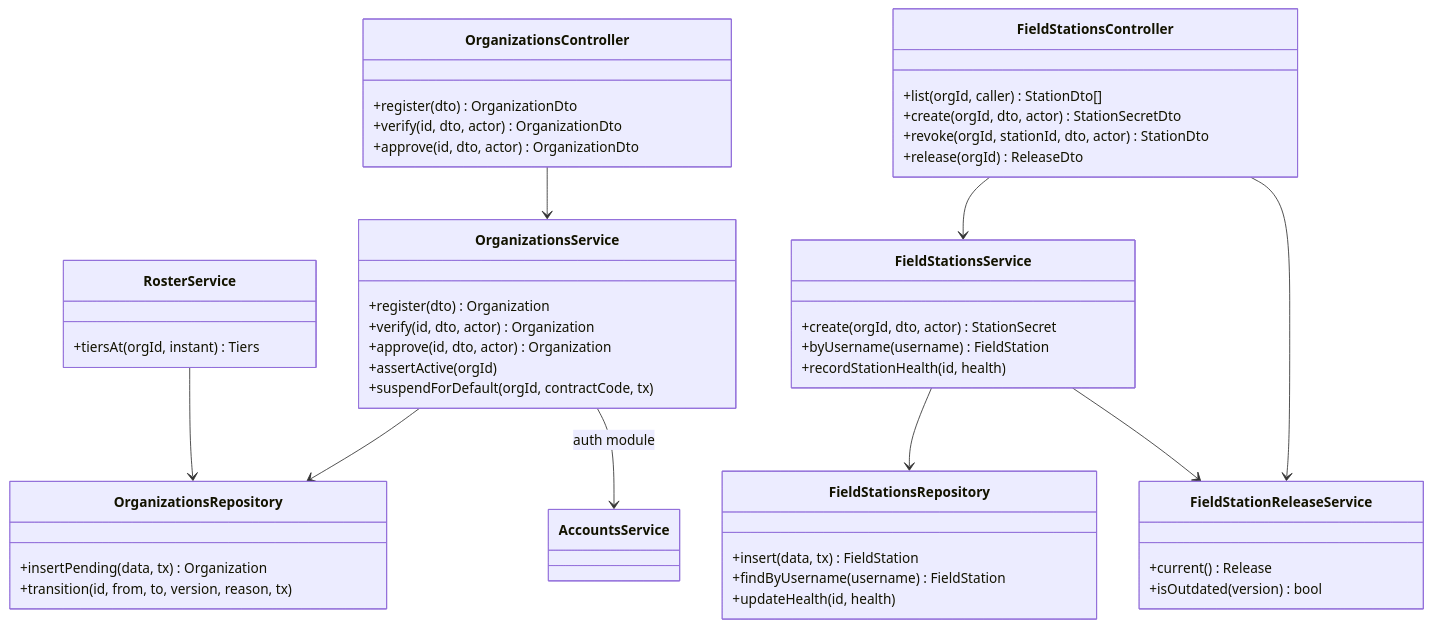
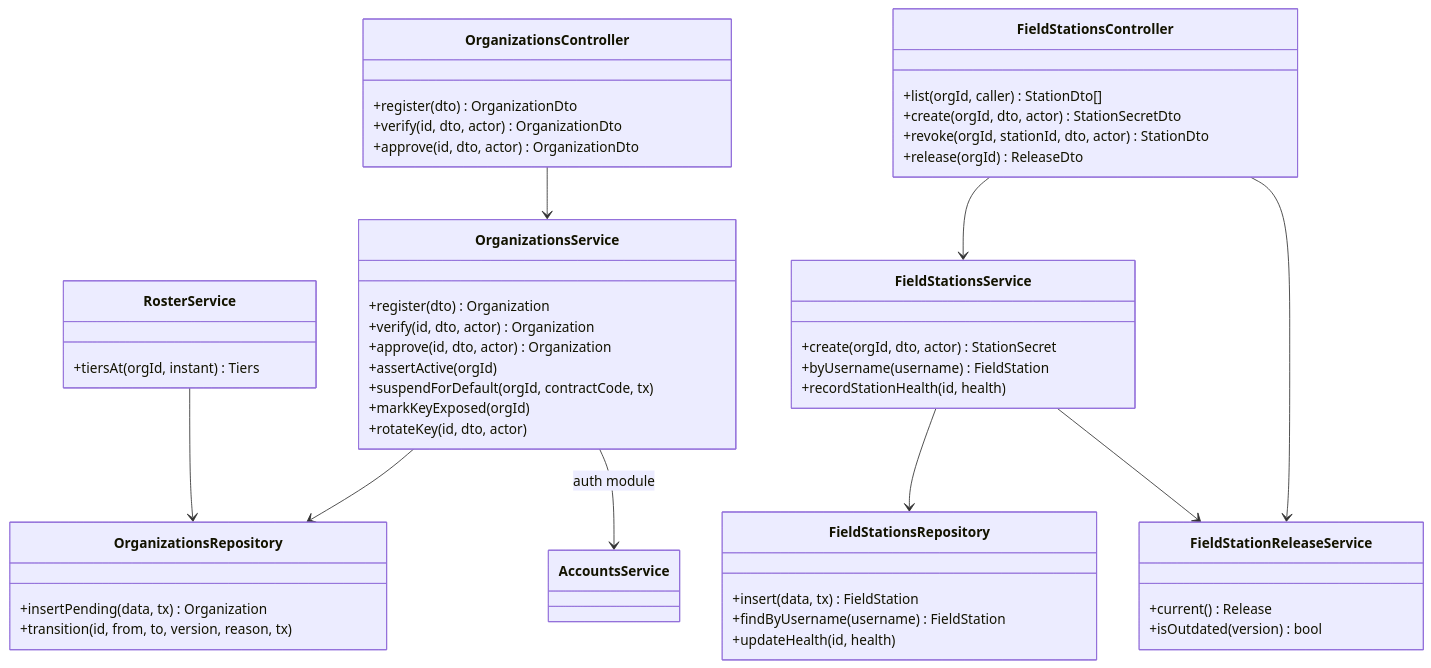
One commit to TrekLink-Team/treklink-web changed the fourth of 11 diagrams in specs/organizations/design.md. Above: the diagram before and after it, drawn with Mermaid. The commit also changed other lines of this file and 39 other files, not shown here.

````diff
--- a/specs/organizations/design.md
+++ b/specs/organizations/design.md
@@ -187,51 +206,53 @@
 ```mermaid
 classDiagram
     class OrganizationsController {
         +register(dto) OrganizationDto
         +verify(id, dto, actor) OrganizationDto
         +approve(id, dto, actor) OrganizationDto
     }
     class FieldStationsController {
         +list(orgId, caller) StationDto[]
         +create(orgId, dto, actor) StationSecretDto
         +revoke(orgId, stationId, dto, actor) StationDto
         +release(orgId) ReleaseDto
     }
     class OrganizationsService {
         +register(dto) Organization
         +verify(id, dto, actor) Organization
         +approve(id, dto, actor) Organization
         +assertActive(orgId)
         +suspendForDefault(orgId, contractCode, tx)
+        +markKeyExposed(orgId)
+        +rotateKey(id, dto, actor)
     }
     class RosterService {
         +tiersAt(orgId, instant) Tiers
     }
     class FieldStationsService {
         +create(orgId, dto, actor) StationSecret
         +byUsername(username) FieldStation
         +recordStationHealth(id, health)
     }
     class FieldStationReleaseService {
         +current() Release
         +isOutdated(version) bool
     }
     class OrganizationsRepository {
         +insertPending(data, tx) Organization
         +transition(id, from, to, version, reason, tx)
     }
     class FieldStationsRepository {
         +insert(data, tx) FieldStation
         +findByUsername(username) FieldStation
         +updateHealth(id, health)
     }
     class AccountsService
     OrganizationsController --> OrganizationsService
     FieldStationsController --> FieldStationsService
     FieldStationsController --> FieldStationReleaseService
     OrganizationsService --> OrganizationsRepository
     OrganizationsService --> AccountsService : auth module
     RosterService --> OrganizationsRepository
     FieldStationsService --> FieldStationsRepository
     FieldStationsService --> FieldStationReleaseService
 ```
````
